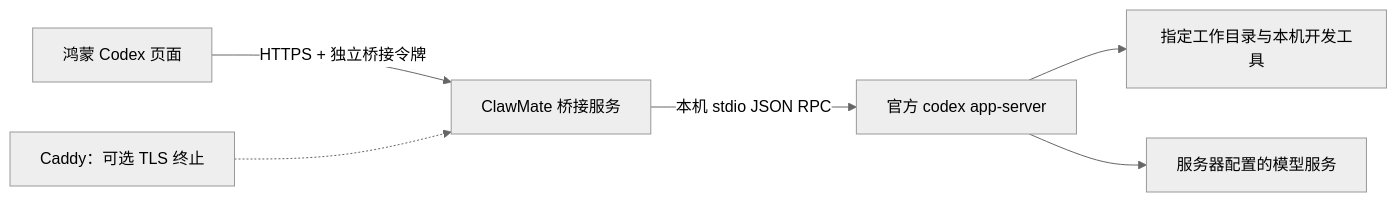
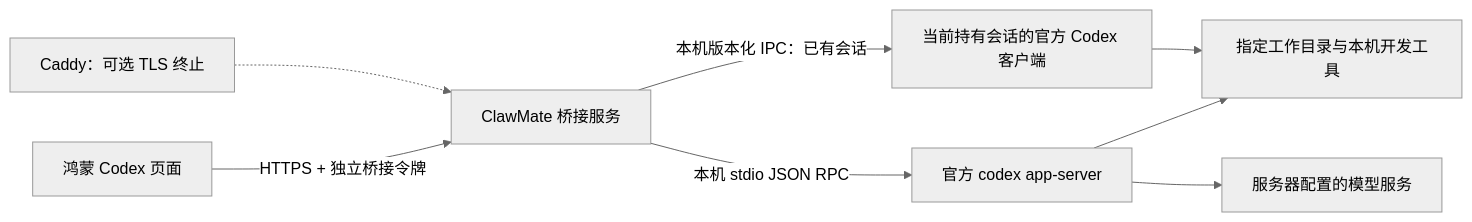
The diagram in docs/codex-bridge.md (doulujiyao12/mobiinfra-oh), drawn with Mermaid (neutral theme) before and after one commit. The commit also changed other lines of this file and 96 other files, not shown here.

````diff
--- a/docs/codex-bridge.md
+++ b/docs/codex-bridge.md
@@ -13,8 +13,10 @@
 ```mermaid
 flowchart LR
   A[鸿蒙 Codex 页面] -->|HTTPS + 独立桥接令牌| B[ClawMate 桥接服务]
   B -->|本机 stdio JSON RPC| C[官方 codex app-server]
   C --> D[指定工作目录与本机开发工具]
   C --> E[服务器配置的模型服务]
+  B -->|本机版本化 IPC：已有会话| G[当前持有会话的官方 Codex 客户端]
+  G --> D
   F[Caddy：可选 TLS 终止] -.-> B
 ```
````
